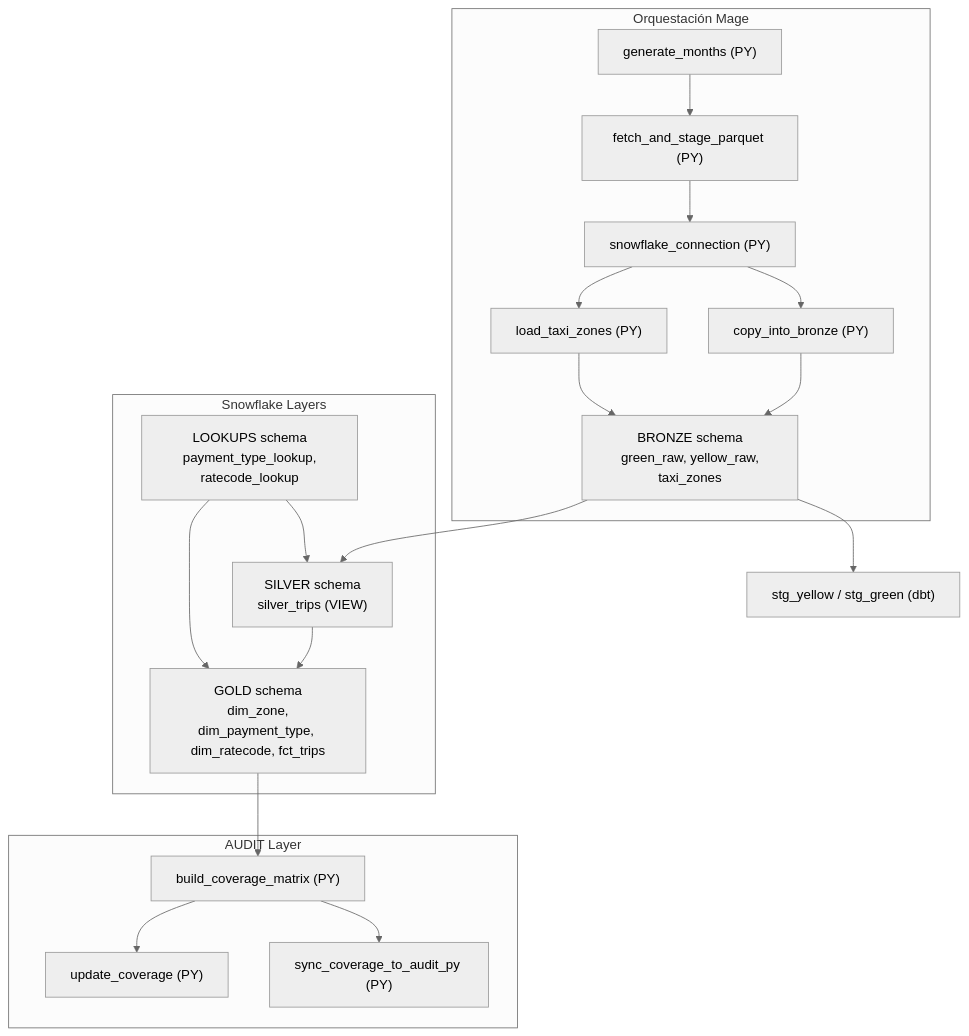
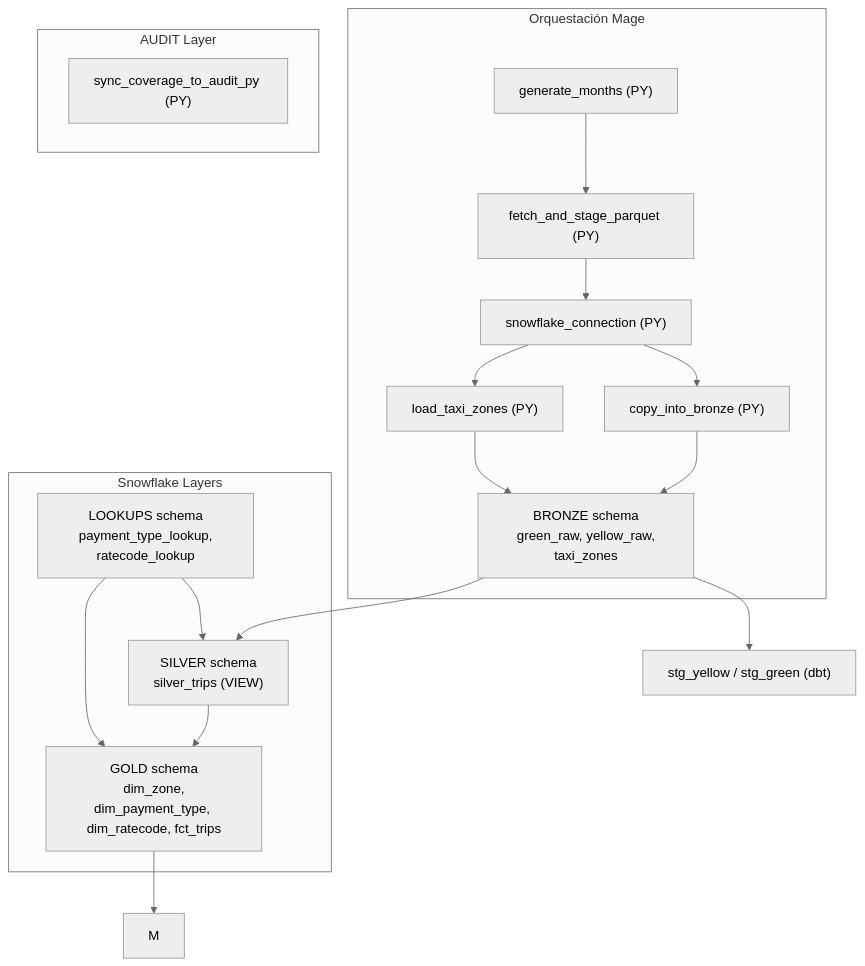
Before and after one commit to JACS002/nyc-tlc-pipeline: the first of 2 diagrams in docs/README.md, drawn with Mermaid (neutral theme). The commit also changed other lines of this file and 15 other files, not shown here.

````diff
--- a/docs/README.md
+++ b/docs/README.md
@@ -32,31 +32,30 @@
 ```mermaid
 flowchart TD
     subgraph Mage["Orquestación Mage"]
         A["generate_months (PY)"] --> B["fetch_and_stage_parquet (PY)"]
         B --> C["snowflake_connection (PY)"]
         C --> D["copy_into_bronze (PY)"]
         C --> E["load_taxi_zones (PY)"]
         D --> BronzeNode["BRONZE.*"]
         E --> BronzeNode
     end
 
     subgraph Snowflake["Snowflake Layers"]
         BronzeNode["BRONZE schema\n green_raw, yellow_raw, taxi_zones"]
         LookupsNode["LOOKUPS schema\n payment_type_lookup, ratecode_lookup"]
         SilverNode["SILVER schema\n silver_trips (VIEW)"]
         GoldNode["GOLD schema\n dim_zone, dim_payment_type, dim_ratecode, fct_trips"]
     end
 
     BronzeNode --> Staging["stg_yellow / stg_green (dbt)"]
     LookupsNode --> SilverNode
     BronzeNode --> SilverNode
     SilverNode --> GoldNode
     LookupsNode --> GoldNode
 
     subgraph Audit["AUDIT Layer"]
-        M["build_coverage_matrix (PY)"] --> N["sync_coverage_to_audit_py (PY)"]
-        M --> O["update_coverage (PY)"]
+        N["sync_coverage_to_audit_py (PY)"]
     end
 
     GoldNode --> M
 ```
````
